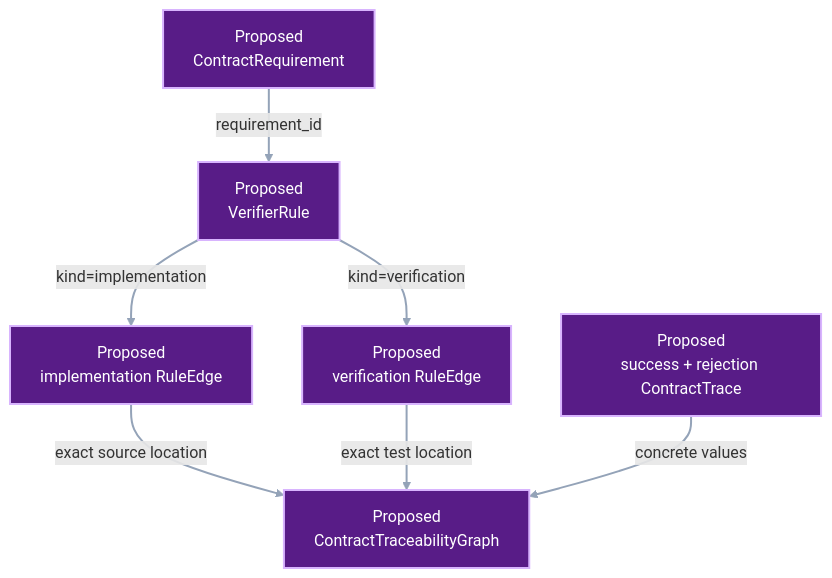
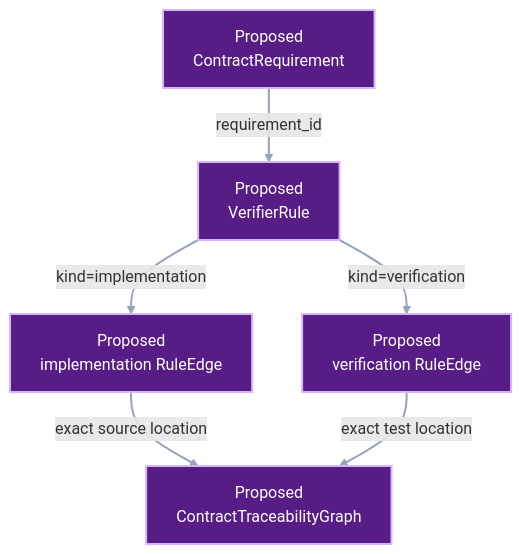
Before and after one commit to pvd232/viper: the second of 3 diagrams in docs/development/contract-traceability.md, drawn with Mermaid. The commit also changed other lines of this file and 4 other files, not shown here.

````diff
--- a/docs/development/contract-traceability.md
+++ b/docs/development/contract-traceability.md
@@ -157,20 +157,18 @@
 ```mermaid
 flowchart TD
     Requirement["Proposed<br/>ContractRequirement"]
     Rule["Proposed<br/>VerifierRule"]
     Owner["Proposed<br/>implementation RuleEdge"]
     Test["Proposed<br/>verification RuleEdge"]
-    Cases["Proposed<br/>success + rejection ContractTrace"]
     Graph["Proposed<br/>ContractTraceabilityGraph"]
 
     Requirement -->|"requirement_id"| Rule
     Rule -->|"kind=implementation"| Owner
     Rule -->|"kind=verification"| Test
     Owner -->|"exact source location"| Graph
     Test -->|"exact test location"| Graph
-    Cases -->|"concrete values"| Graph
 
-    class Requirement,Rule,Owner,Test,Cases,Graph proposed
+    class Requirement,Rule,Owner,Test,Graph proposed
     classDef proposed fill:#581c87,stroke:#d8b4fe,color:#ffffff,stroke-width:2px
     linkStyle default stroke:#94a3b8,stroke-width:2px
 ```
````
